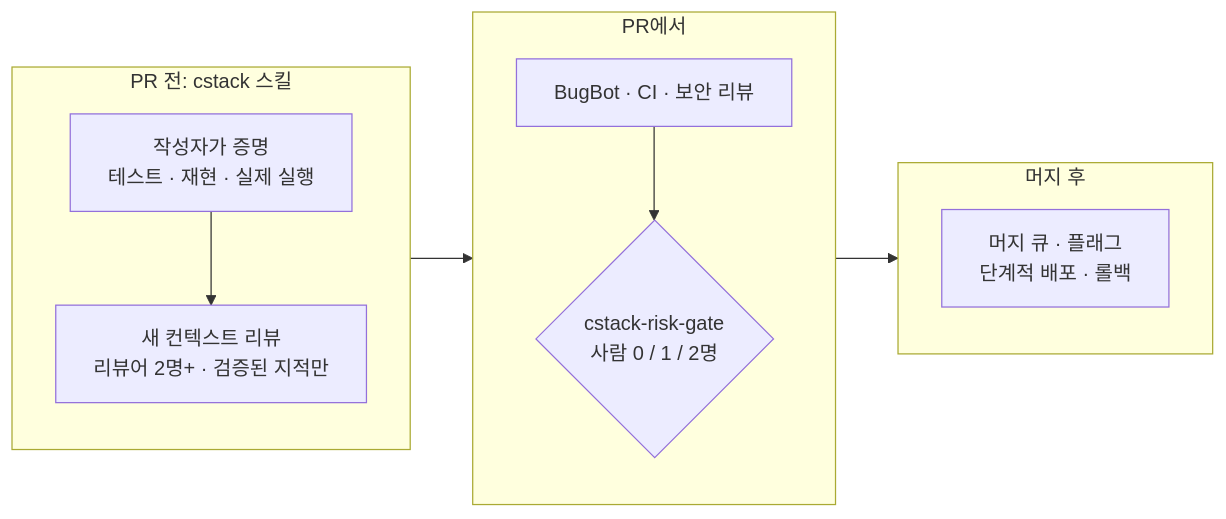
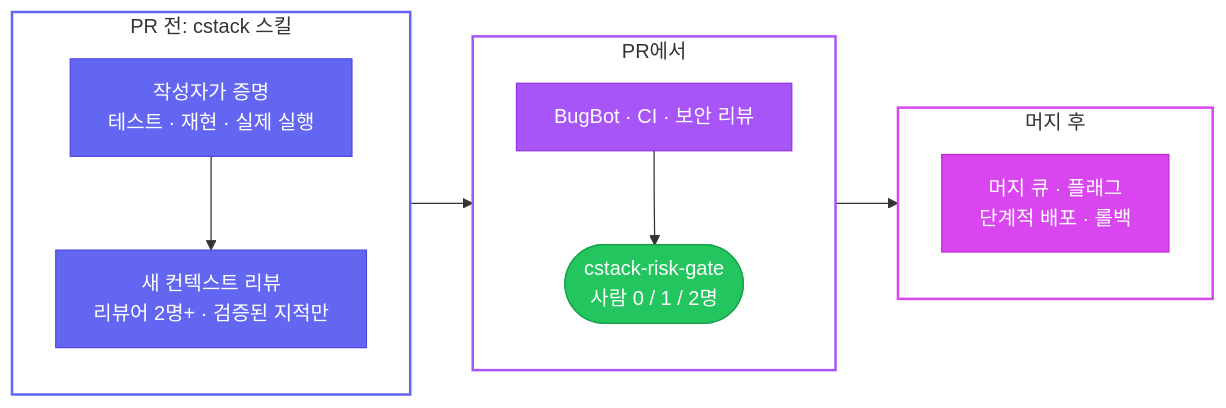
The diagram in README.ko.md (yulmucoffee/cstack), drawn with Mermaid before and after one commit. The commit also changed 1 other file, not shown here.

Commit message:
docs: color the review-layers diagram and soften the gate node

````diff
--- a/README.ko.md
+++ b/README.ko.md
@@ -153,16 +153,27 @@
 ```mermaid
 flowchart LR
   subgraph before["PR 전: cstack 스킬"]
     direction TB
     a1["작성자가 증명<br/>테스트 · 재현 · 실제 실행"] --> a2["새 컨텍스트 리뷰<br/>리뷰어 2명+ · 검증된 지적만"]
   end
   subgraph pr["PR에서"]
     direction TB
-    b1["BugBot · CI · 보안 리뷰"] --> b2{"cstack-risk-gate<br/>사람 0 / 1 / 2명"}
+    b1["BugBot · CI · 보안 리뷰"] --> b2(["cstack-risk-gate<br/>사람 0 / 1 / 2명"])
   end
   subgraph after["머지 후"]
     direction TB
     c1["머지 큐 · 플래그<br/>단계적 배포 · 롤백"]
   end
   before --> pr --> after
+  classDef skill fill:#6366f1,stroke:#4f46e5,color:#ffffff
+  classDef check fill:#a855f7,stroke:#9333ea,color:#ffffff
+  classDef gate fill:#22c55e,stroke:#16a34a,color:#ffffff
+  classDef ship fill:#d946ef,stroke:#c026d3,color:#ffffff
+  class a1,a2 skill
+  class b1 check
+  class b2 gate
+  class c1 ship
+  style before fill:transparent,stroke:#6366f1,stroke-width:2px
+  style pr fill:transparent,stroke:#a855f7,stroke-width:2px
+  style after fill:transparent,stroke:#d946ef,stroke-width:2px
 ```
````
